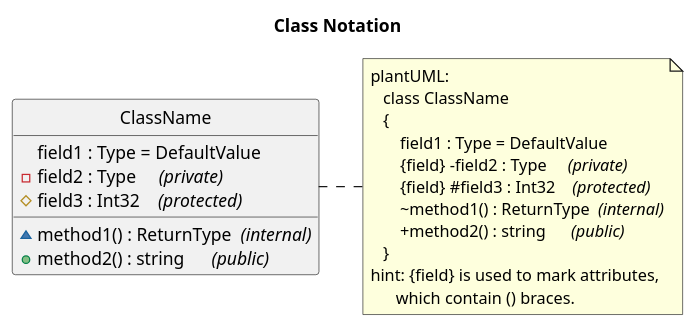
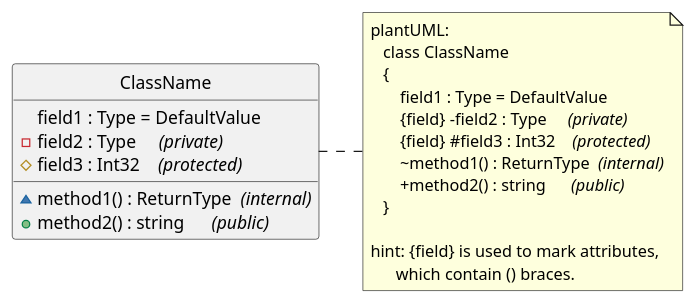
Before and after one commit to chraxo/UmlMarkdownCheatSheet: the sixth of 23 diagrams in uml_markdown_summary.md, drawn with PlantUML. The commit also changed other lines of this file, not shown here.

```diff
--- a/uml_markdown_summary.md
+++ b/uml_markdown_summary.md
@@ -211,35 +216,34 @@
 @startuml
     skinparam classFontName Consolas
     skinparam classAttributeFontName Consolas
     skinparam noteFontName Consolas
 
     'hide empty members
     'left to right direction
     skinparam style strictuml
-
-    title Class Notation
 
     class ClassName
     {
         field1 : Type = DefaultValue
         {field} -field2 : Type     //(private)//
         {field} #field3 : Int32    //(protected)//
         ~method1() : ReturnType  //(internal)//
         +method2() : string      //(public)//
     }
 
     note right
         plantUML:
            class ClassName
            {
                field1 : Type = DefaultValue
                {field} -field2 : Type     //(private)//
                {field} #field3 : Int32    //(protected)//
                ~method1() : ReturnType  //(internal)//
                +method2() : string      //(public)//
            }
+
         hint: {field} is used to mark attributes, 
               which contain () braces.
     end note
 
 @enduml
```
